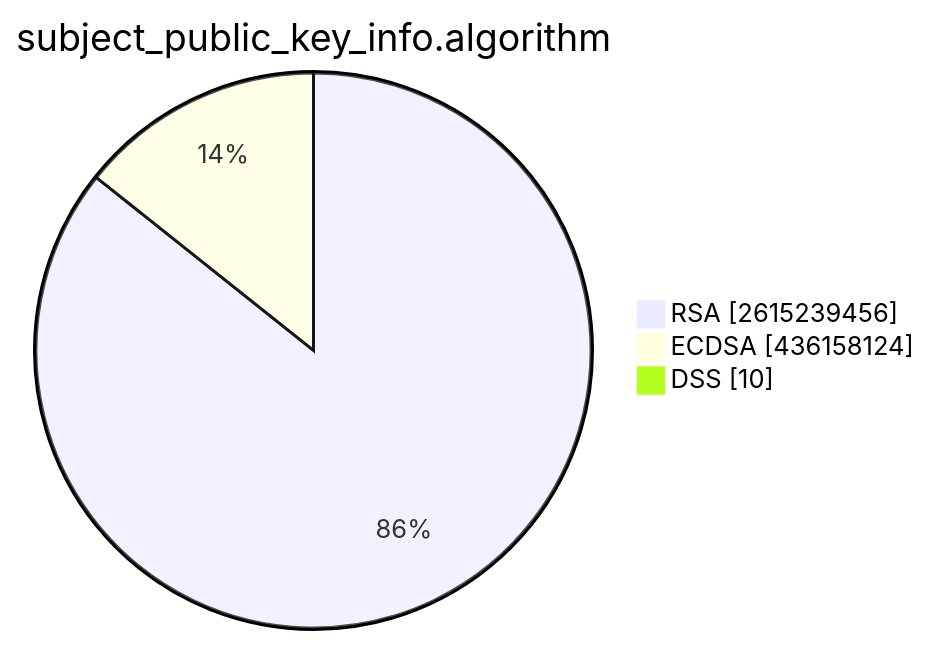
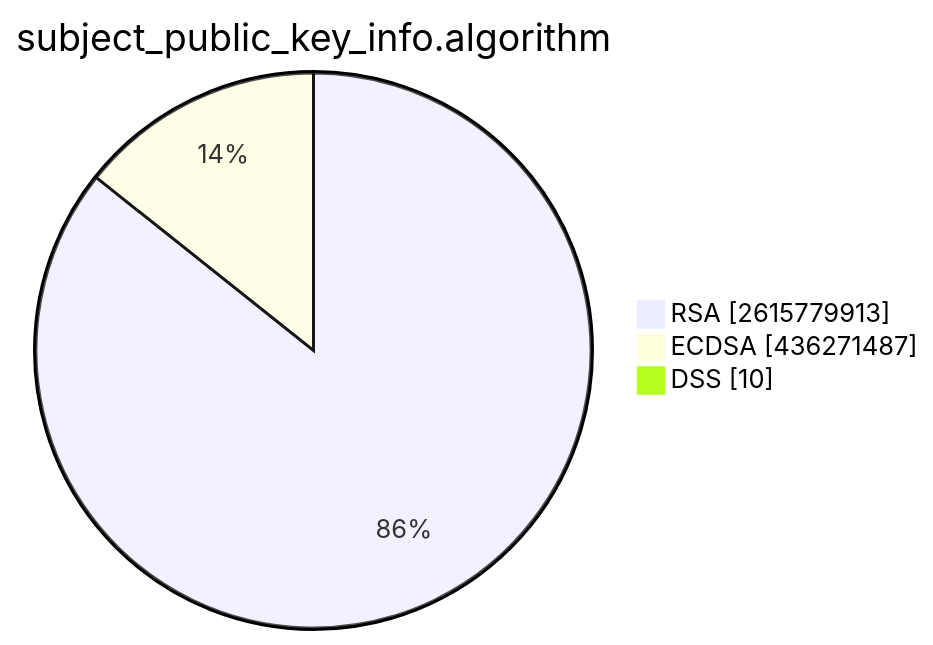
One commit to christiankrug/ctmonitor_visualization changed the second of 15 diagrams in TOTAL/README.md. Above: the diagram before and after it, drawn with Mermaid. The commit also changed other lines of this file, not shown here.

````diff
--- a/TOTAL/README.md
+++ b/TOTAL/README.md
@@ -6,7 +6,7 @@
 ```mermaid
 pie showData
 title subject_public_key_info.algorithm
-"RSA" :2615239456
-"ECDSA" :436158124
+"RSA" :2615779913
+"ECDSA" :436271487
 "DSS" :10
 ```
````
